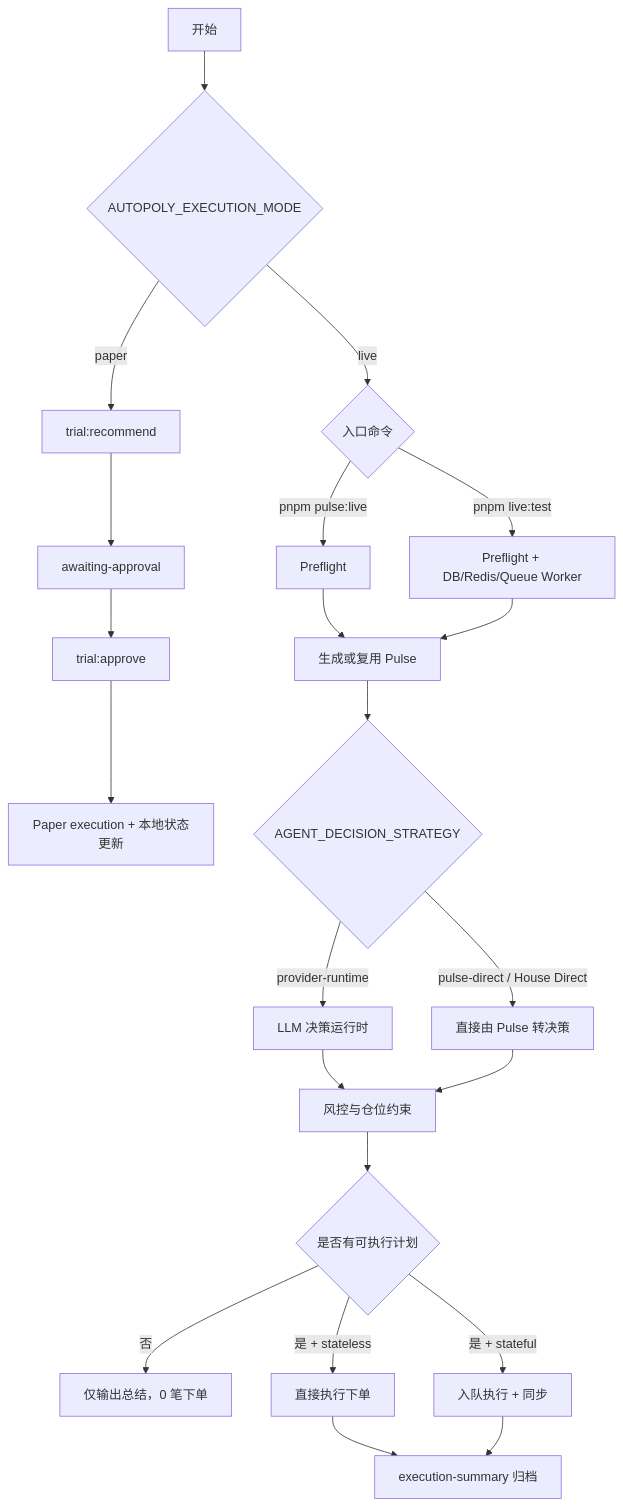
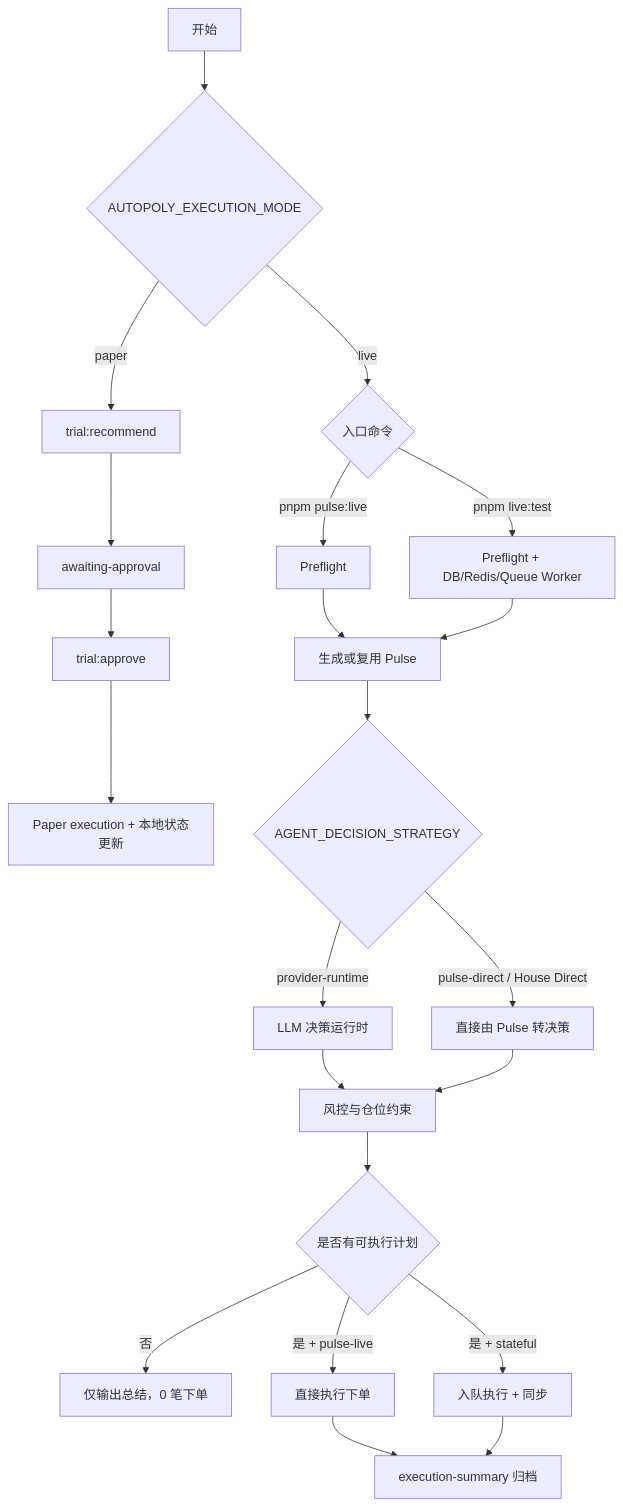
Before and after one commit to Alchemist-X/hourglass: the diagram in Illustration/trading-modes-flowchart.md, drawn with Mermaid. The commit also changed other lines of this file and 26 other files, not shown here.

Commit message:
refactor: remove all stateless references, rename pulse to pulse:recommend

````diff
--- a/Illustration/trading-modes-flowchart.md
+++ b/Illustration/trading-modes-flowchart.md
@@ -3,31 +3,31 @@
 ```mermaid
 flowchart TD
   A[开始] --> B{AUTOPOLY_EXECUTION_MODE}
 
   B -->|paper| C[trial:recommend]
   C --> D[awaiting-approval]
   D --> E[trial:approve]
   E --> F[Paper execution + 本地状态更新]
 
   B -->|live| G{入口命令}
   G -->|pnpm pulse:live| H[Preflight]
   G -->|pnpm live:test| I[Preflight + DB/Redis/Queue Worker]
 
   H --> J[生成或复用 Pulse]
   I --> J
 
   J --> K{AGENT_DECISION_STRATEGY}
   K -->|provider-runtime| L[LLM 决策运行时]
   K -->|pulse-direct / House Direct| M[直接由 Pulse 转决策]
 
   L --> N[风控与仓位约束]
   M --> N
 
   N --> O{是否有可执行计划}
   O -->|否| P[仅输出总结，0 笔下单]
-  O -->|是 + stateless| Q[直接执行下单]
+  O -->|是 + pulse-live| Q[直接执行下单]
   O -->|是 + stateful| R[入队执行 + 同步]
 
   Q --> S[execution-summary 归档]
   R --> S
 ```
````
